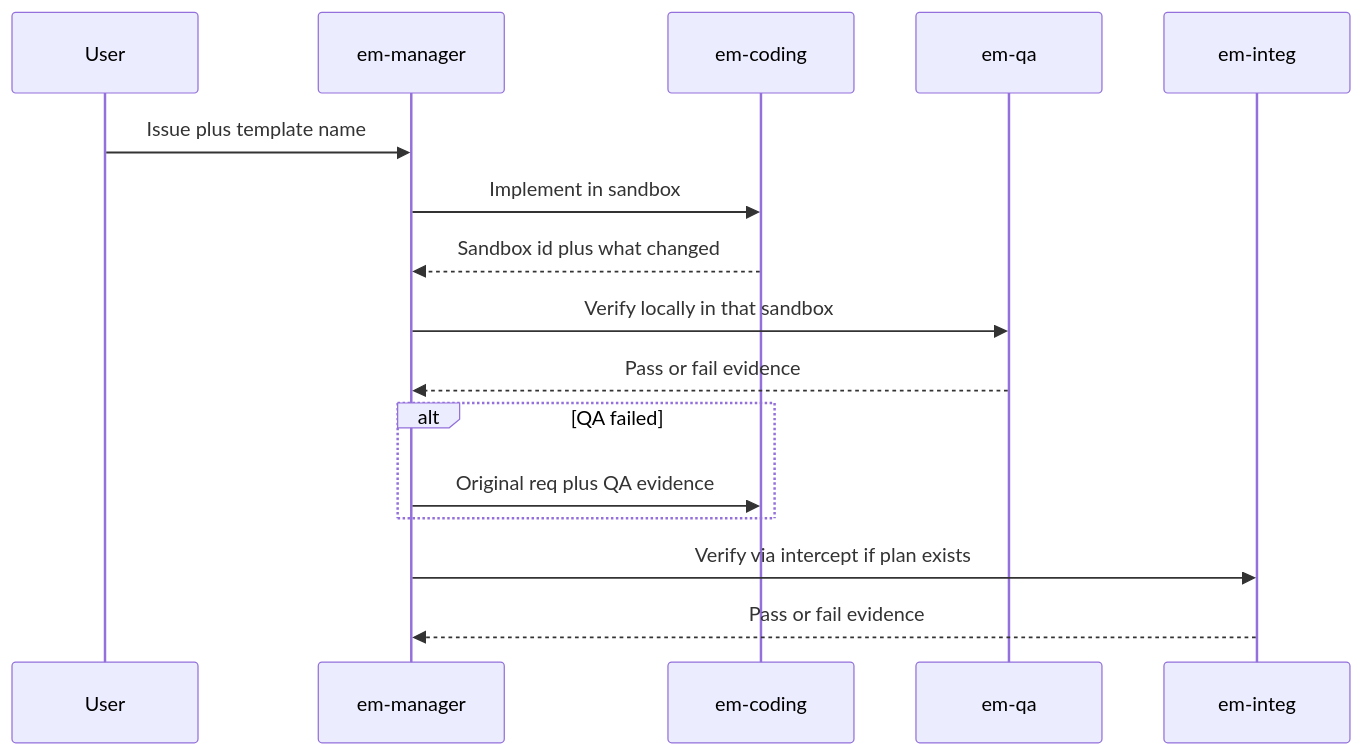
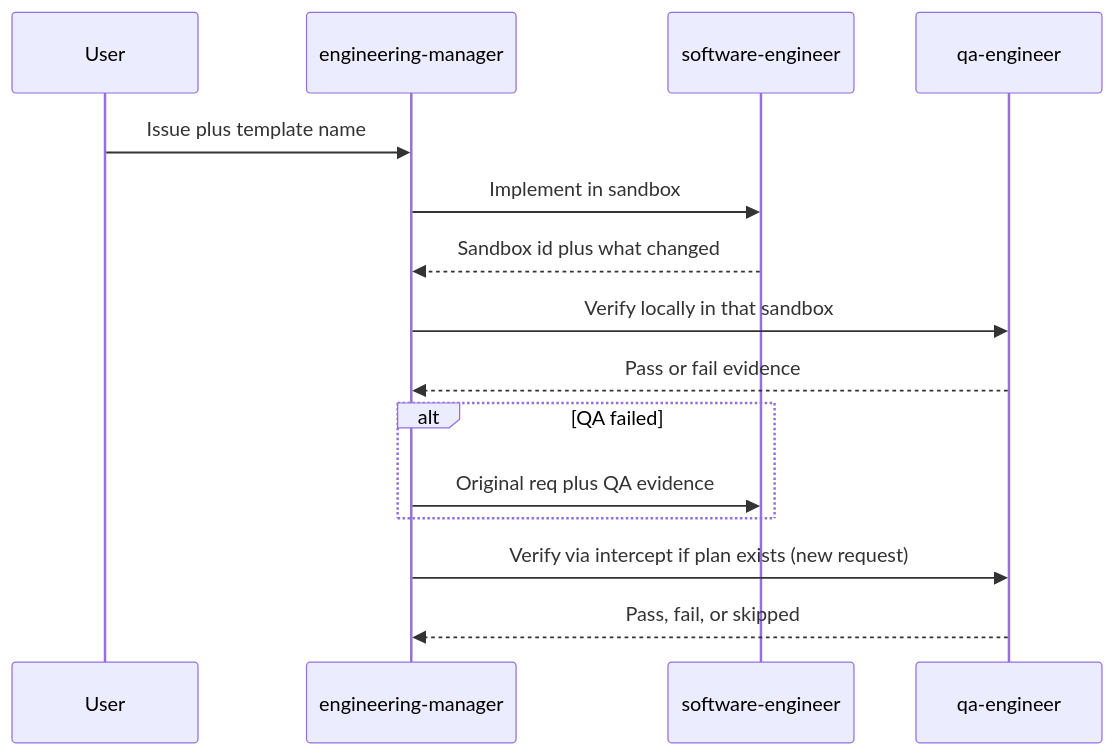
One commit to crafting-demo/agent-patterns changed the second of 6 diagrams in README.md. Above: the diagram before and after it, drawn with Mermaid. The commit also changed other lines of this file and 54 other files, not shown here.

````diff
--- a/README.md
+++ b/README.md
@@ -69,18 +69,17 @@
 ```mermaid
 sequenceDiagram
   participant User
-  participant Manager as em-manager
-  participant Coding as em-coding
-  participant QA as em-qa
-  participant Integ as em-integ
+  participant Manager as engineering-manager
+  participant Dev as software-engineer
+  participant QA as qa-engineer
   User->>Manager: Issue plus template name
-  Manager->>Coding: Implement in sandbox
-  Coding-->>Manager: Sandbox id plus what changed
+  Manager->>Dev: Implement in sandbox
+  Dev-->>Manager: Sandbox id plus what changed
   Manager->>QA: Verify locally in that sandbox
   QA-->>Manager: Pass or fail evidence
   alt QA failed
-    Manager->>Coding: Original req plus QA evidence
+    Manager->>Dev: Original req plus QA evidence
   end
-  Manager->>Integ: Verify via intercept if plan exists
-  Integ-->>Manager: Pass or fail evidence
+  Manager->>QA: Verify via intercept if plan exists (new request)
+  QA-->>Manager: Pass, fail, or skipped
 ```
````
